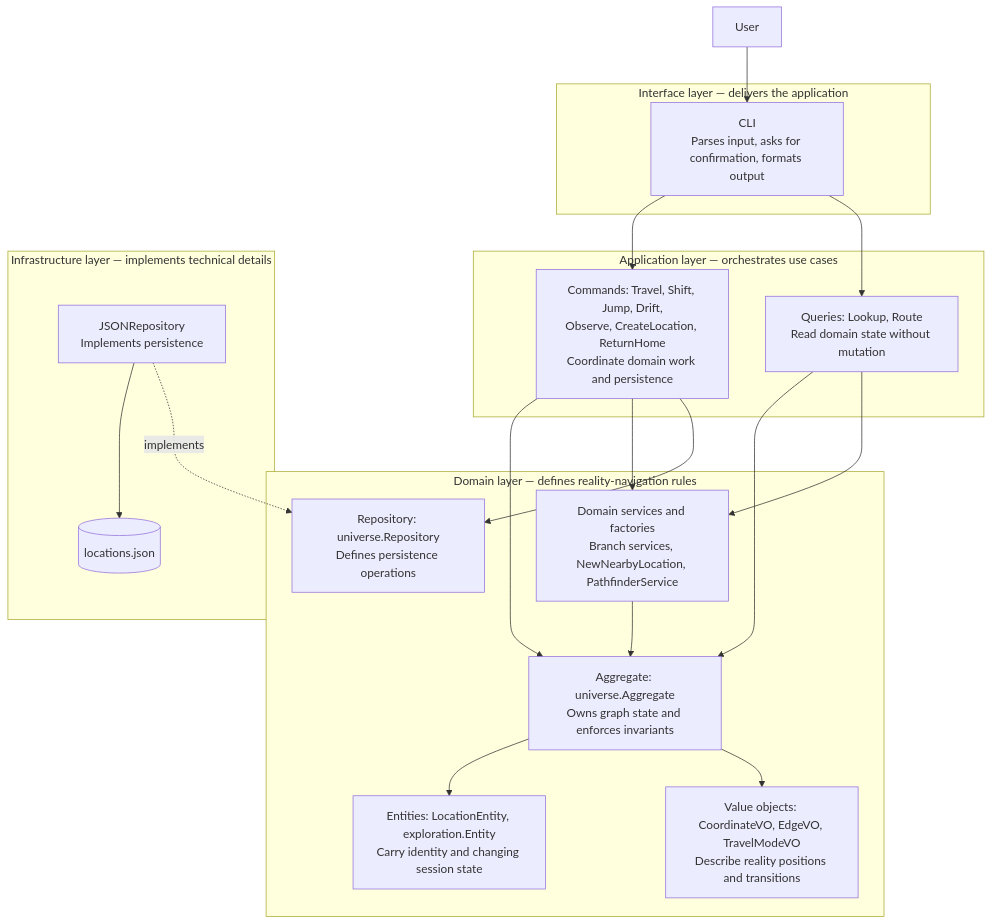
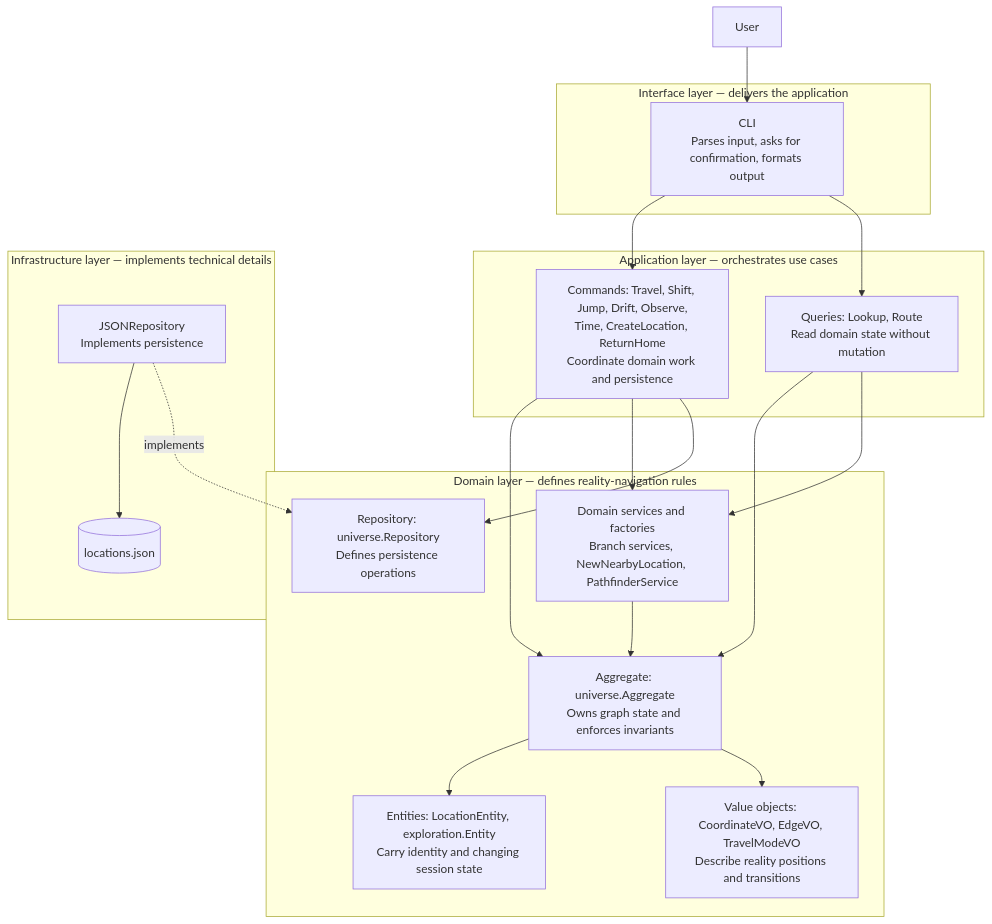
One commit to petherin/onto changed the diagram in docs/DDD.md. Above: the diagram before and after it, drawn with Mermaid. The commit also changed other lines of this file and 43 other files, not shown here.

````diff
--- a/docs/DDD.md
+++ b/docs/DDD.md
@@ -31,38 +31,38 @@
 ```mermaid
 flowchart TB
     subgraph Domain["Domain layer — defines reality-navigation rules"]
         Aggregate["Aggregate: universe.Aggregate<br/>Owns graph state and enforces invariants"]
         Entities["Entities: LocationEntity, exploration.Entity<br/>Carry identity and changing session state"]
         Values["Value objects: CoordinateVO, EdgeVO, TravelModeVO<br/>Describe reality positions and transitions"]
         Services["Domain services and factories<br/>Branch services, NewNearbyLocation, PathfinderService"]
         Repository["Repository: universe.Repository<br/>Defines persistence operations"]
         Aggregate --> Entities
         Aggregate --> Values
         Services --> Aggregate
     end
 
     subgraph Application["Application layer — orchestrates use cases"]
-        Commands["Commands: Travel, Shift, Jump, Drift,<br/>Observe, CreateLocation, ReturnHome<br/>Coordinate domain work and persistence"]
+        Commands["Commands: Travel, Shift, Jump, Drift, Observe,<br/>Time, CreateLocation, ReturnHome<br/>Coordinate domain work and persistence"]
         Queries["Queries: Lookup, Route<br/>Read domain state without mutation"]
     end
 
     subgraph Interface["Interface layer — delivers the application"]
         CLI["CLI<br/>Parses input, asks for confirmation, formats output"]
     end
 
     subgraph Infrastructure["Infrastructure layer — implements technical details"]
         JSON["JSONRepository<br/>Implements persistence"]
         Data[(locations.json)]
         JSON --> Data
     end
 
     User[User] --> CLI
     CLI --> Commands
     CLI --> Queries
     Commands --> Aggregate
     Commands --> Services
     Commands --> Repository
     Queries --> Aggregate
     Queries --> Services
     JSON -. implements .-> Repository
 ```
````
